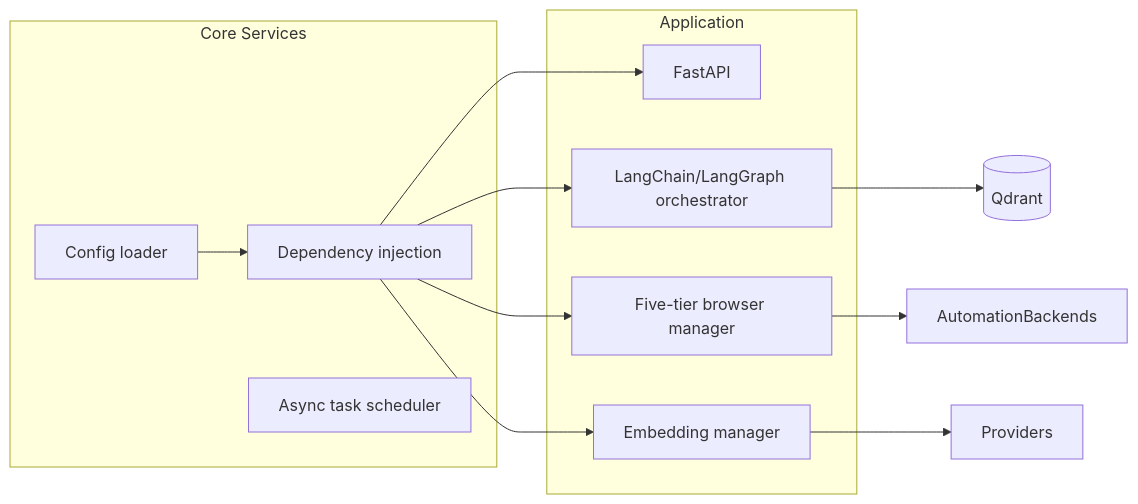
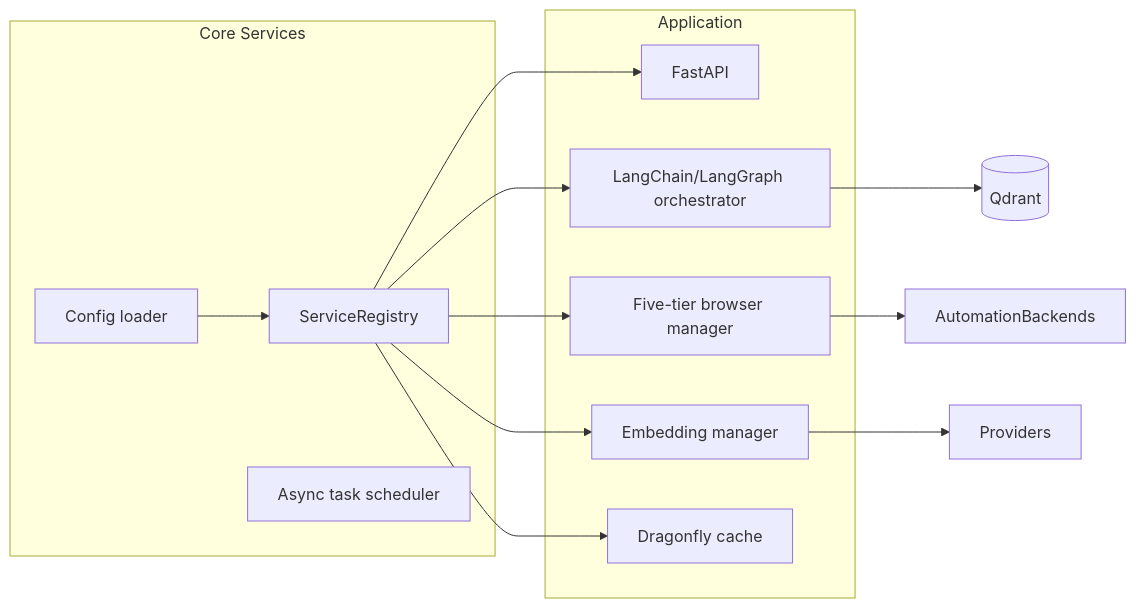
One commit to BjornMelin/ai-docs-vector-db-hybrid-scraper changed the second of 2 diagrams in docs/developers/architecture-and-orchestration.md. Above: the diagram before and after it, drawn with Mermaid. The commit also changed other lines of this file and 17 other files, not shown here.

First line of the commit message:
refactor: FastAPI service dependencies and middleware management

````diff
--- a/docs/developers/architecture-and-orchestration.md
+++ b/docs/developers/architecture-and-orchestration.md
@@ -43,22 +43,24 @@
 ```mermaid
 graph LR
     subgraph Core Services
         Config[Config loader]
-        Container[Dependency injection]
+        Registry[ServiceRegistry]
         Scheduler[Async task scheduler]
     end
     subgraph Application
         API[FastAPI]
         HybridSearch[LangChain/LangGraph orchestrator]
         BrowserMgr[Five-tier browser manager]
         EmbeddingMgr[Embedding manager]
+        CacheMgr[Dragonfly cache]
     end
-    Config --> Container
-    Container --> API
-    Container --> HybridSearch
-    Container --> BrowserMgr
-    Container --> EmbeddingMgr
+    Config --> Registry
+    Registry --> API
+    Registry --> HybridSearch
+    Registry --> BrowserMgr
+    Registry --> EmbeddingMgr
+    Registry --> CacheMgr
     HybridSearch --> Qdrant[(Qdrant)]
     BrowserMgr --> AutomationBackends
     EmbeddingMgr --> Providers
 ```
````
